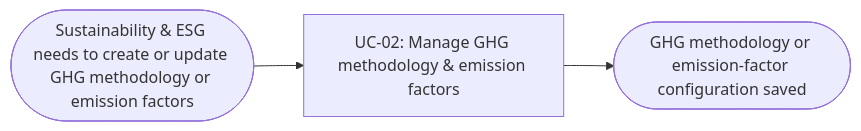
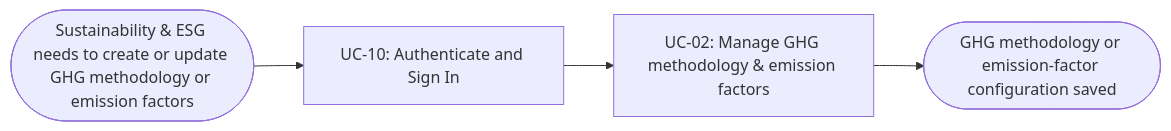
The fourth of 12 diagrams in docs/external-design/usage-flow.md (vankhanhnh-bag/HPDQ-CBAM-system), drawn with Mermaid before and after one commit. The commit also changed other lines of this file, not shown here.

Commit message:
usage-flow.md

````diff
--- a/docs/external-design/usage-flow.md
+++ b/docs/external-design/usage-flow.md
@@ -78,7 +66,8 @@
 ```mermaid
 flowchart LR
   A(["Sustainability & ESG needs to create or update GHG methodology or emission factors"])
-  U1["UC-02: Manage GHG methodology & emission factors"]
+  U1["UC-10: Authenticate and Sign In"]
+  U2["UC-02: Manage GHG methodology & emission factors"]
   Z(["GHG methodology or emission-factor configuration saved"])
-  A --> U1 --> Z
+  A --> U1 --> U2 --> Z
 ```
````
